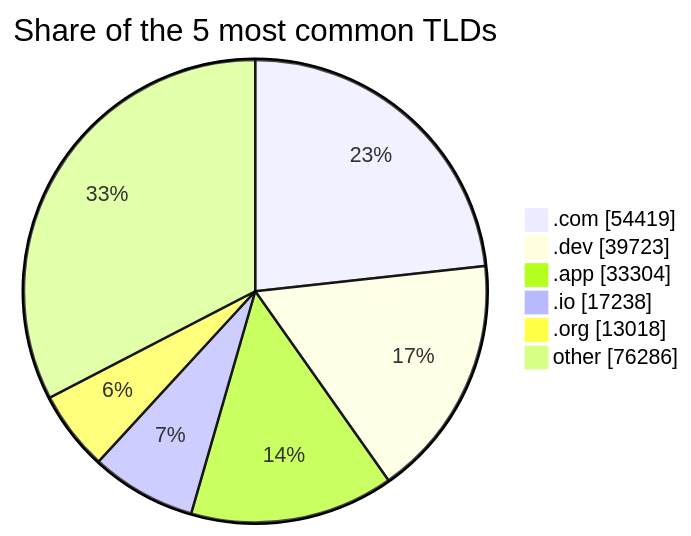
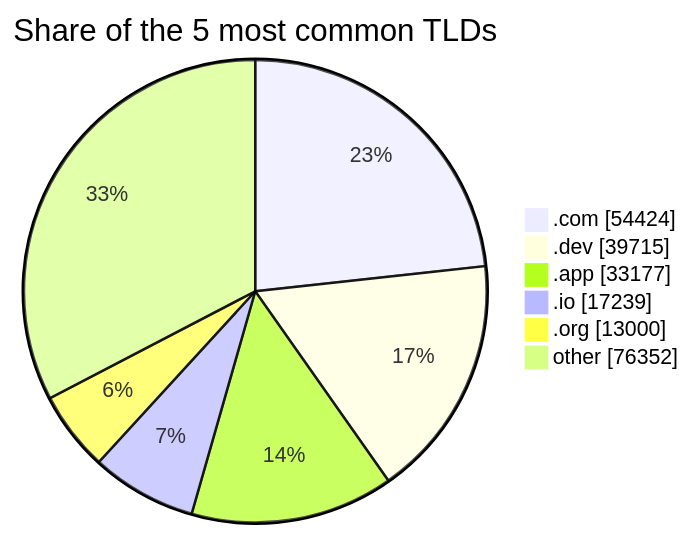
Before and after one commit to DNSBunker/CTI: the second of 2 diagrams in README.md, drawn with Mermaid. The commit also changed other lines of this file and 3 other files, not shown here.

````diff
--- a/README.md
+++ b/README.md
@@ -72,9 +72,9 @@
 ```mermaid
 pie showData title Share of the 5 most common TLDs
-    ".com" : 54419
-    ".dev" : 39723
-    ".app" : 33304
-    ".io" : 17238
-    ".org" : 13018
-    "other" : 76286
+    ".com" : 54424
+    ".dev" : 39715
+    ".app" : 33177
+    ".io" : 17239
+    ".org" : 13000
+    "other" : 76352
 ```
````
